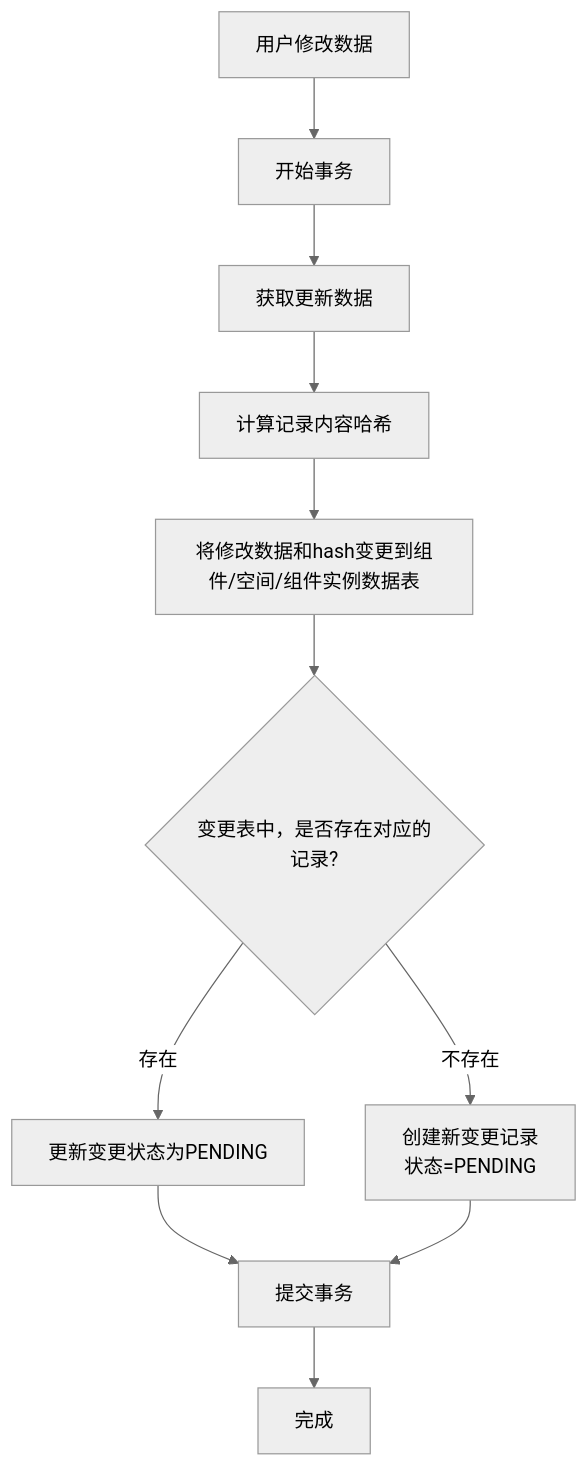
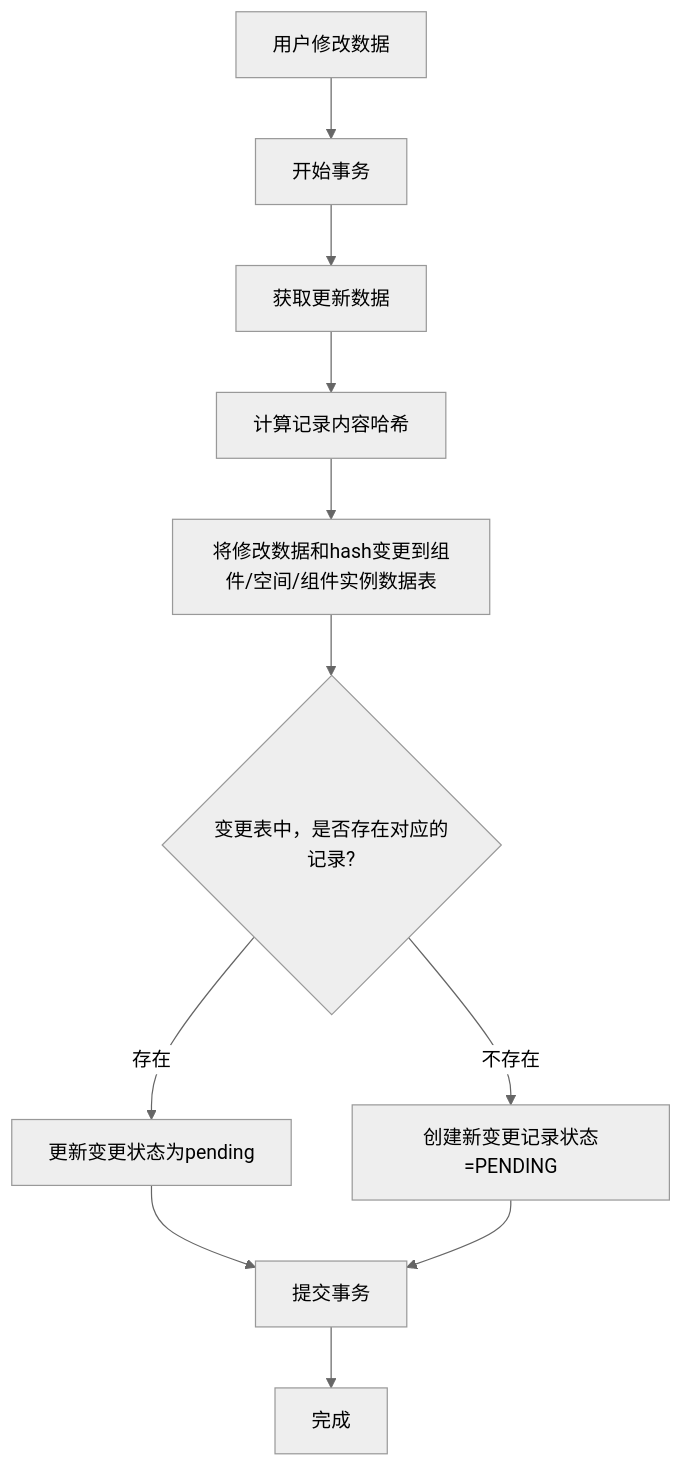
Before and after one commit to yingjianzh/iodraw-files: the diagram in all/未命名-42.md, drawn with Mermaid (neutral theme).

Commit message:
2025-04-24 15:28:54 update

````diff
--- a/all/未命名-42.md
+++ b/all/未命名-42.md
@@ -1,16 +1,16 @@
 ```mermaid
 flowchart TD
     Start[用户修改数据] --> StartTransaction[开始事务]
     StartTransaction --> UpdateRecord[获取更新数据]
     UpdateRecord --> ComputeHash[计算记录内容哈希]
     ComputeHash --> SaveHash[将修改数据和hash变更到组件/空间/组件实例数据表]
    
     
     SaveHash --> CheckChangeExists{变更表中，是否存在对应的记录?}
-    CheckChangeExists -- 存在 --> UpdateChange[更新变更状态为PENDING]
-    CheckChangeExists -- 不存在 --> CreateChange[创建新变更记录\n状态=PENDING]
+    CheckChangeExists -- 存在 --> UpdateChange[更新变更状态为pending]
+    CheckChangeExists -- 不存在 --> CreateChange[创建新变更记录状态=PENDING]
     
     UpdateChange --> CommitTransaction[提交事务]
     CreateChange --> CommitTransaction
     CommitTransaction --> End[完成]
 ```
````
